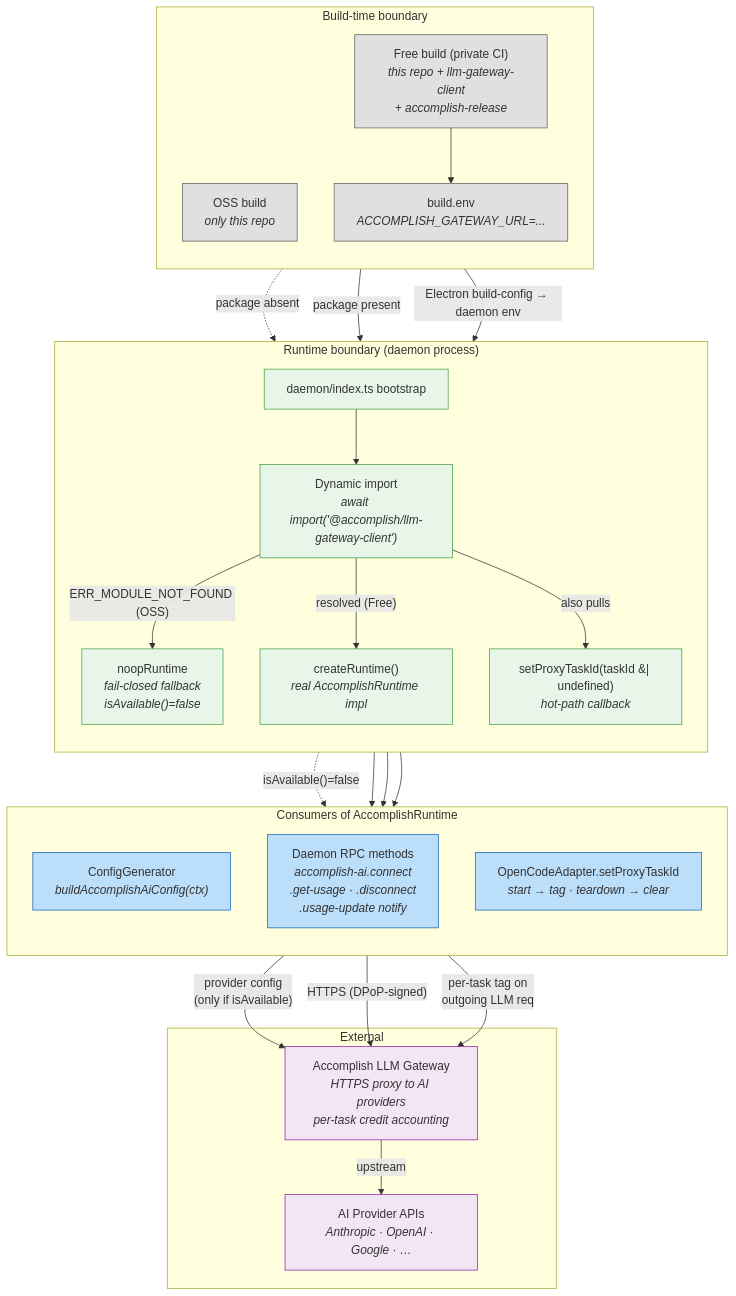
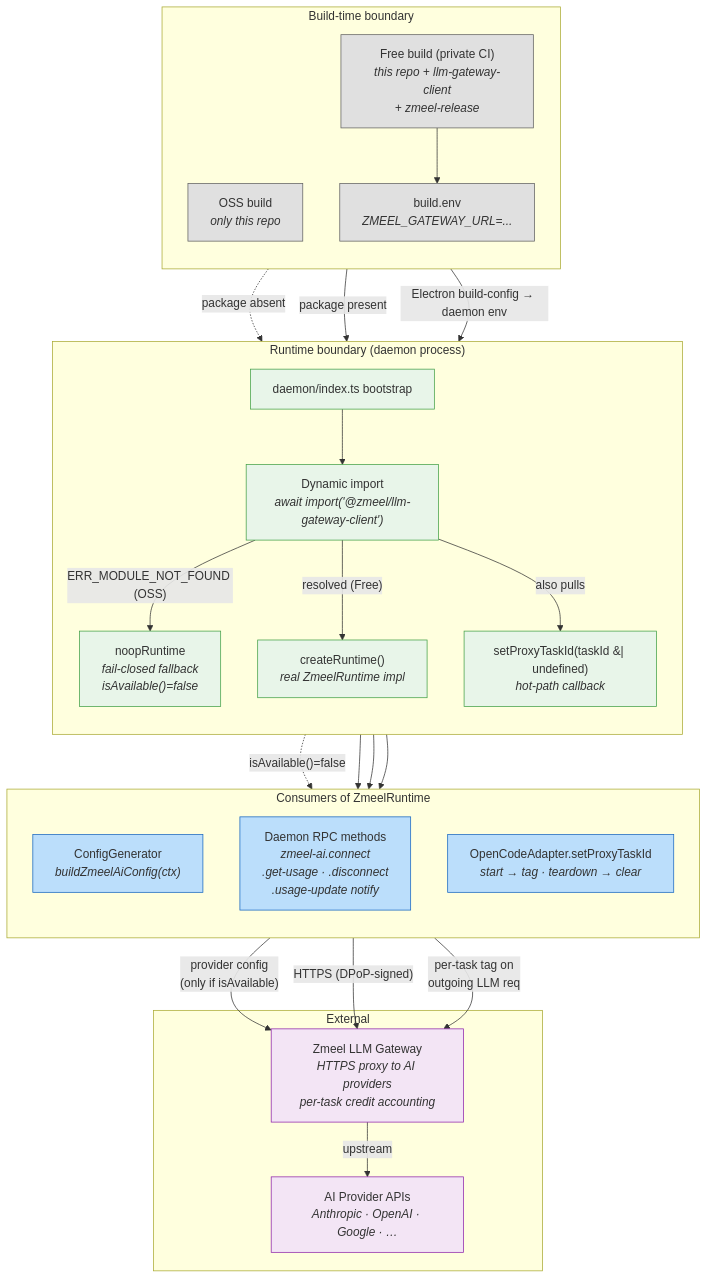
One commit to samskipsai/zmeelv60 changed the ninth of 12 diagrams in docs/functional-viewpoint.md. Above: the diagram before and after it, drawn with Mermaid. The commit also changed other lines of this file and 520 other files, not shown here.

First line of the commit message:
rebrand: Accomplish -> Zmeel Desktop

````diff
--- a/docs/functional-viewpoint.md
+++ b/docs/functional-viewpoint.md
@@ -901,60 +901,60 @@
 ```mermaid
 graph TB
   subgraph BUILD["Build-time boundary"]
     direction TB
     CI_OSS["OSS build<br/><i>only this repo</i>"]
-    CI_FREE["Free build (private CI)<br/><i>this repo + llm-gateway-client<br/>+ accomplish-release</i>"]
-    BUILD_ENV["build.env<br/><i>ACCOMPLISH_GATEWAY_URL=...</i>"]
+    CI_FREE["Free build (private CI)<br/><i>this repo + llm-gateway-client<br/>+ zmeel-release</i>"]
+    BUILD_ENV["build.env<br/><i>ZMEEL_GATEWAY_URL=...</i>"]
   end
 
   subgraph RUNTIME["Runtime boundary (daemon process)"]
     direction TB
     BOOT["daemon/index.ts bootstrap"]
-    DYN["Dynamic import<br/><i>await import('@accomplish/llm-gateway-client')</i>"]
+    DYN["Dynamic import<br/><i>await import('@zmeel/llm-gateway-client')</i>"]
     NOOP["noopRuntime<br/><i>fail-closed fallback<br/>isAvailable()=false</i>"]
-    REAL["createRuntime()<br/><i>real AccomplishRuntime impl</i>"]
+    REAL["createRuntime()<br/><i>real ZmeelRuntime impl</i>"]
     TAG["setProxyTaskId(taskId &#124; undefined)<br/><i>hot-path callback</i>"]
   end
 
-  subgraph USE["Consumers of AccomplishRuntime"]
+  subgraph USE["Consumers of ZmeelRuntime"]
     direction TB
-    CG["ConfigGenerator<br/><i>buildAccomplishAiConfig(ctx)</i>"]
-    RPC["Daemon RPC methods<br/><i>accomplish-ai.connect<br/>.get-usage · .disconnect<br/>.usage-update notify</i>"]
+    CG["ConfigGenerator<br/><i>buildZmeelAiConfig(ctx)</i>"]
+    RPC["Daemon RPC methods<br/><i>zmeel-ai.connect<br/>.get-usage · .disconnect<br/>.usage-update notify</i>"]
     ADAPT["OpenCodeAdapter.setProxyTaskId<br/><i>start → tag · teardown → clear</i>"]
   end
 
   subgraph EXT["External"]
-    GW["Accomplish LLM Gateway<br/><i>HTTPS proxy to AI providers<br/>per-task credit accounting</i>"]
+    GW["Zmeel LLM Gateway<br/><i>HTTPS proxy to AI providers<br/>per-task credit accounting</i>"]
     AI["AI Provider APIs<br/><i>Anthropic · OpenAI · Google · …</i>"]
   end
 
   CI_OSS -.->|"package absent"| BOOT
   CI_FREE -->|"package present"| BOOT
   CI_FREE --> BUILD_ENV
   BUILD_ENV -->|"Electron build-config → daemon env"| BOOT
 
   BOOT --> DYN
   DYN -->|"ERR_MODULE_NOT_FOUND (OSS)"| NOOP
   DYN -->|"resolved (Free)"| REAL
   DYN -->|"also pulls"| TAG
 
   NOOP -.->|"isAvailable()=false"| CG
   REAL --> CG
   REAL --> RPC
   TAG --> ADAPT
 
   CG -->|"provider config<br/>(only if isAvailable)"| GW
   RPC -->|"HTTPS (DPoP-signed)"| GW
   ADAPT -->|"per-task tag on<br/>outgoing LLM req"| GW
   GW -->|"upstream"| AI
 
   classDef build fill:#e0e0e0,stroke:#616161
   classDef runtime fill:#e8f5e9,stroke:#43a047
   classDef consumer fill:#bbdefb,stroke:#1565c0
   classDef ext fill:#f3e5f5,stroke:#8e24aa
 
   class CI_OSS,CI_FREE,BUILD_ENV build
   class BOOT,DYN,NOOP,REAL,TAG runtime
   class CG,RPC,ADAPT consumer
   class GW,AI ext
 ```
````
